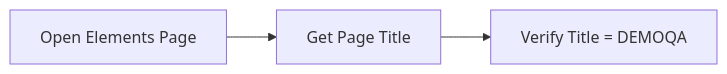
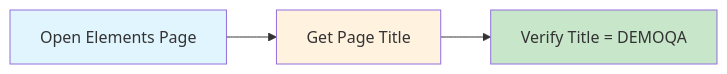
One commit to ravikukreja87/SpringBootTestAutomationFramework changed diagram 12 of 23 in README.md. Above: the diagram before and after it, drawn with Mermaid. The commit also changed other lines of this file, not shown here.

````diff
--- a/README.md
+++ b/README.md
@@ -149,5 +576,9 @@
   ```mermaid
   graph LR
     A[Open Elements Page] --> B[Get Page Title]
     B --> C[Verify Title = DEMOQA]
+    
+    style A fill:#e1f5fe
+    style B fill:#fff3e0
+    style C fill:#c8e6c9
   ```
````
